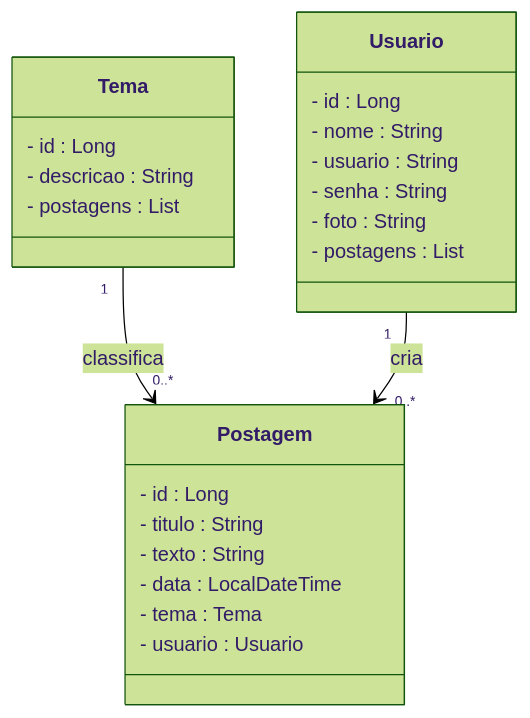
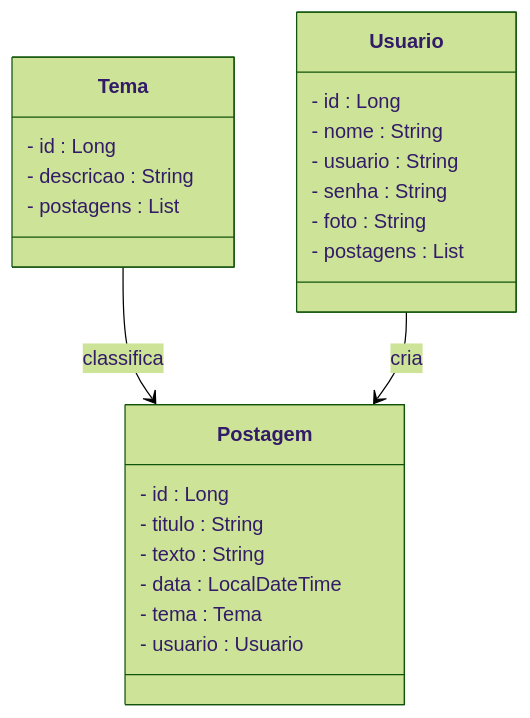
The first of 2 diagrams in README.md (rafaelq80/blogpessoal_spring_t82), drawn with Mermaid (forest theme) before and after one commit. The commit also changed other lines of this file, not shown here.

Commit message:
:books: Update README.md

````diff
--- a/README.md
+++ b/README.md
@@ -70,27 +70,27 @@
 ```mermaid
 classDiagram
 class Postagem {
   - id : Long
   - titulo : String
   - texto : String
   - data : LocalDateTime
   - tema : Tema
   - usuario : Usuario
 }
 class Tema {
   - id : Long
   - descricao : String
   - postagens : List<Postagem>
 }
 class Usuario {
   - id : Long
   - nome : String
   - usuario : String
   - senha : String
   - foto : String
   - postagens : List<Postagem>
 }
-Tema "1" --> "0..*" Postagem : classifica
-Usuario "1" --> "0..*" Postagem : cria
+Tema --> Postagem : classifica
+Usuario --> Postagem : cria
 
 ```
````
